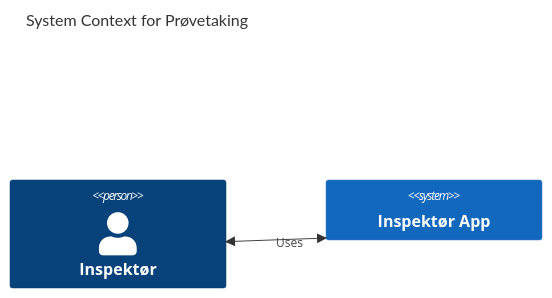
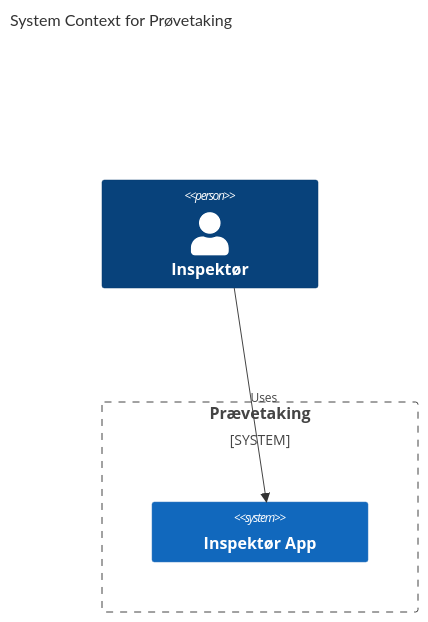
One commit to jankb/kotlintest changed the second of 2 diagrams in docs/design.md. Above: the diagram before and after it, drawn with Mermaid.

````diff
--- a/docs/design.md
+++ b/docs/design.md
@@ -13,9 +13,13 @@
 ```mermaid
 C4Context
  title System Context for Prøvetaking
  Person(inspektor, "Inspektør")
- System(inspApp, "Inspektør App")
  
- BiRel(inspektor, inspApp, "Uses")
+ System_Boundary(system, "Prævetaking")
+ {
+   System(inspApp, "Inspektør App")
+ }
+ 
+ Rel(inspektor, inspApp, "Uses")
 
 ```
````
